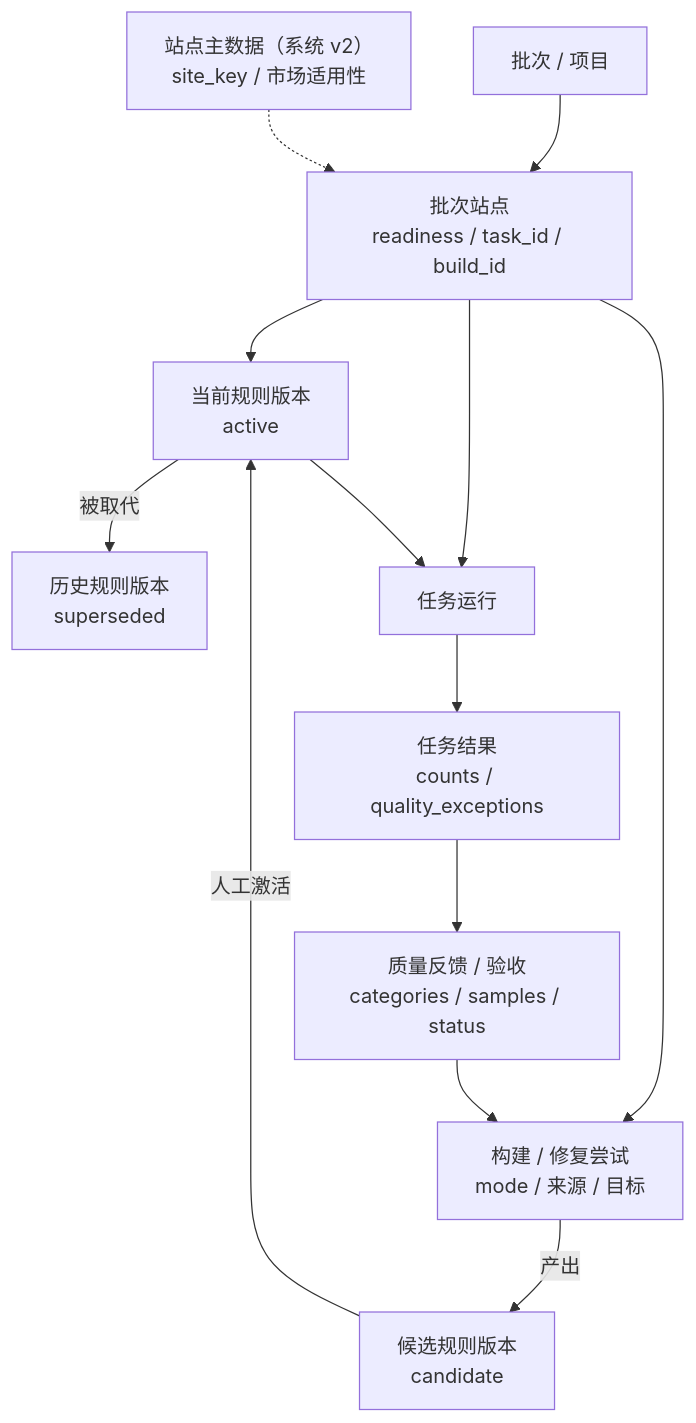
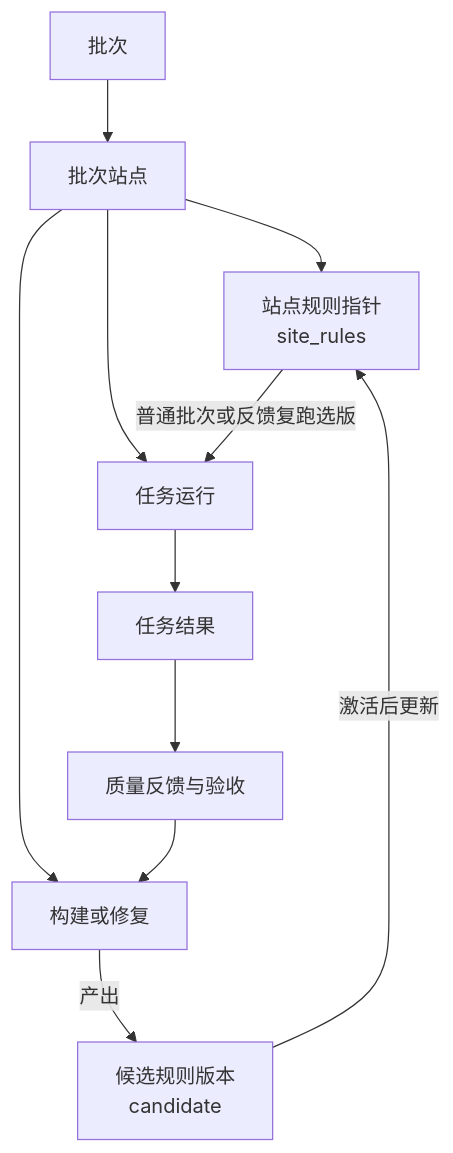
The first of 3 diagrams in docs/34-规则修复与异常工作流.md (xuchaoxin1375/ai-ecom-crawler), drawn with Mermaid before and after one commit. The commit also changed other lines of this file and 17 other files, not shown here.

````diff
--- a/docs/34-规则修复与异常工作流.md
+++ b/docs/34-规则修复与异常工作流.md
@@ -62,15 +62,13 @@
 ```mermaid
 flowchart TB
-    BATCH["批次 / 项目"] --> MEMBER["批次站点<br/>readiness / task_id / build_id"]
-    SITE["站点主数据（系统 v2）<br/>site_key / 市场适用性"] -.-> MEMBER
-    MEMBER --> ACTIVE["当前规则版本<br/>active"]
-    MEMBER --> BUILD["构建 / 修复尝试<br/>mode / 来源 / 目标"]
+    BATCH["批次"] --> MEMBER["批次站点"]
+    MEMBER --> POINTER["站点规则指针<br/>site_rules"]
+    MEMBER --> BUILD["构建或修复"]
     BUILD -->|"产出"| CAND["候选规则版本<br/>candidate"]
-    CAND -->|"人工激活"| ACTIVE
-    ACTIVE -->|"被取代"| HISTORY["历史规则版本<br/>superseded"]
+    CAND -->|"激活后更新"| POINTER
     MEMBER --> TASK["任务运行"]
-    ACTIVE --> TASK
-    TASK --> RESULT["任务结果<br/>counts / quality_exceptions"]
-    RESULT --> FEEDBACK["质量反馈 / 验收<br/>categories / samples / status"]
+    POINTER -->|"普通批次或反馈复跑选版"| TASK
+    TASK --> RESULT["任务结果"]
+    RESULT --> FEEDBACK["质量反馈与验收"]
     FEEDBACK --> BUILD
 ```
````
